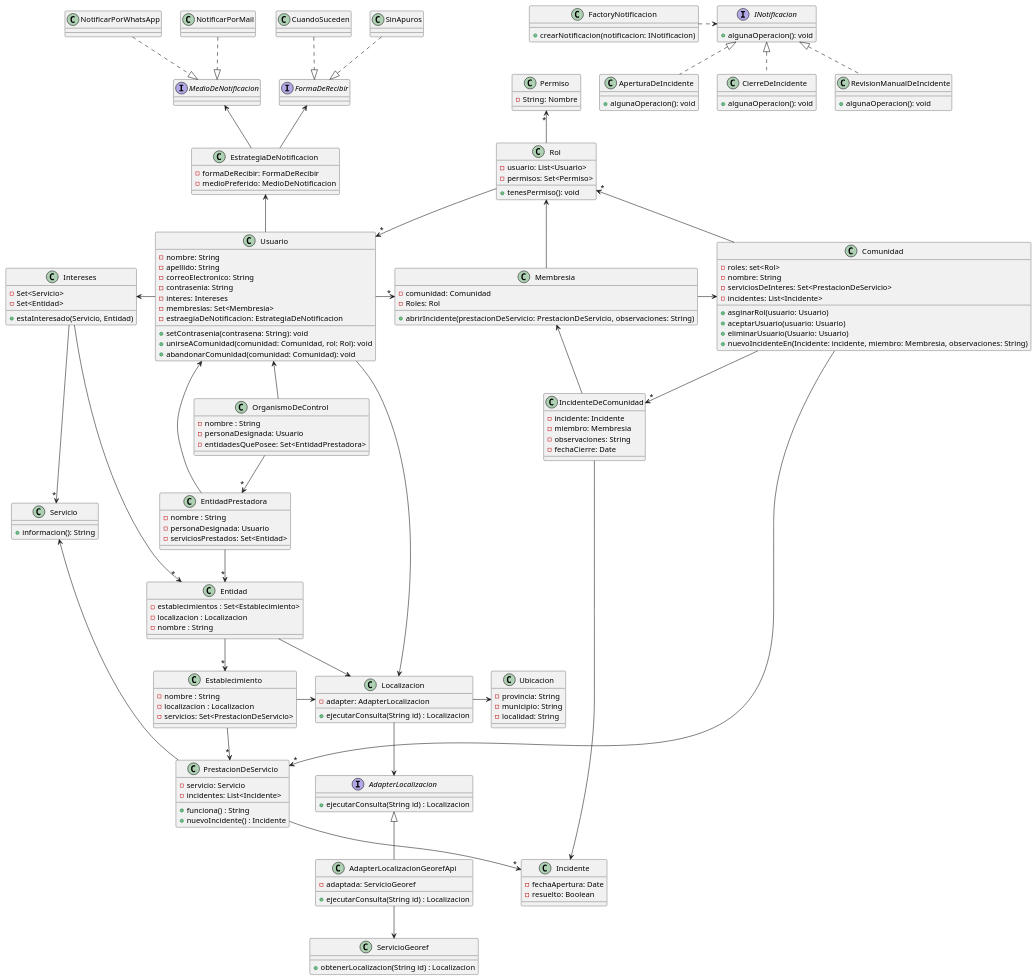
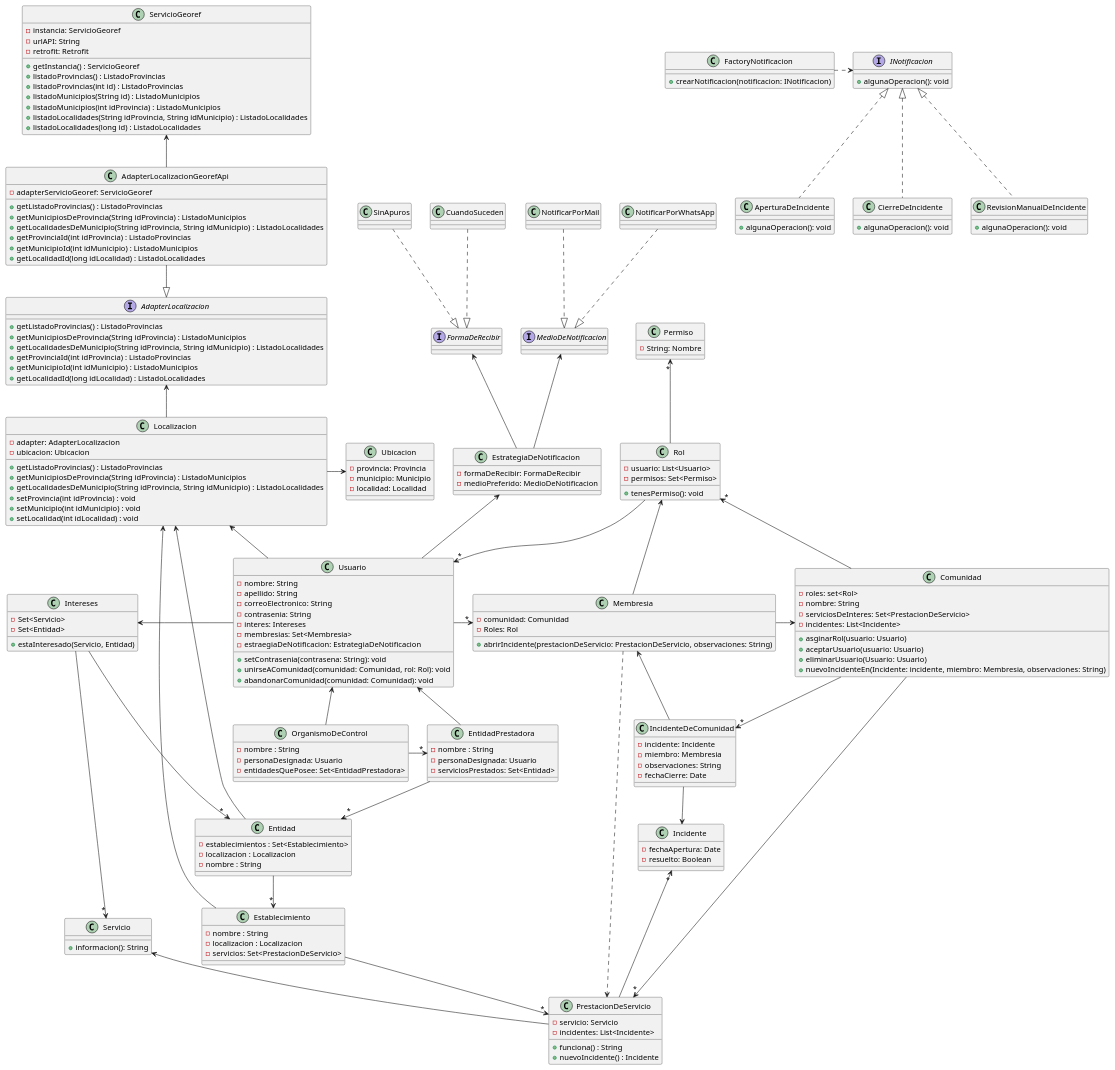
Before and after one commit to AndyTrias/comunidades-apoyo-movilidad-reducida-: the diagram in Entregables/DiagramaDeClases.wsd, drawn with PlantUML.

```diff
--- a/Entregables/DiagramaDeClases.wsd
+++ b/Entregables/DiagramaDeClases.wsd
@@ -96,34 +96,57 @@
 
 Class Localizacion {
     - adapter: AdapterLocalizacion
+    - ubicacion: Ubicacion
 
-    + ejecutarConsulta(String id) : Localizacion
+    + getListadoProvincias() : ListadoProvincias
+    + getMunicipiosDeProvincia(String idProvincia) : ListadoMunicipios
+    + getLocalidadesDeMunicipio(String idProvincia, String idMunicipio) : ListadoLocalidades
+    + setProvincia(int idProvincia) : void
+    + setMunicipio(int idMunicipio) : void
+    + setLocalidad(int idLocalidad) : void
 }
 
 
 
 
 Interface AdapterLocalizacion {
-    + ejecutarConsulta(String id) : Localizacion
+    + getListadoProvincias() : ListadoProvincias
+    + getMunicipiosDeProvincia(String idProvincia) : ListadoMunicipios
+    + getLocalidadesDeMunicipio(String idProvincia, String idMunicipio) : ListadoLocalidades
+    + getProvinciaId(int idProvincia) : ListadoProvincias
+    + getMunicipioId(int idMunicipio) : ListadoMunicipios
+    + getLocalidadId(long idLocalidad) : ListadoLocalidades
 }
 
 
 
 
 Class AdapterLocalizacionGeorefApi {
-    - adaptada: ServicioGeoref
+    - adapterServicioGeoref: ServicioGeoref
 
-
-
-
-    + ejecutarConsulta(String id) : Localizacion
+    + getListadoProvincias() : ListadoProvincias
+    + getMunicipiosDeProvincia(String idProvincia) : ListadoMunicipios
+    + getLocalidadesDeMunicipio(String idProvincia, String idMunicipio) : ListadoLocalidades
+    + getProvinciaId(int idProvincia) : ListadoProvincias
+    + getMunicipioId(int idMunicipio) : ListadoMunicipios
+    + getLocalidadId(long idLocalidad) : ListadoLocalidades
 }
 
 
 
 
 Class ServicioGeoref {
-    + obtenerLocalizacion(String id) : Localizacion
+    - instancia: ServicioGeoref
+    - urlAPI: String
+    - retrofit: Retrofit
+
+    + getInstancia() : ServicioGeoref
+    + listadoProvincias() : ListadoProvincias
+    + listadoProvincias(int id) : ListadoProvincias
+    + listadoMunicipios(String id) : ListadoMunicipios
+    + listadoMunicipios(int idProvincia) : ListadoMunicipios
+    + listadoLocalidades(String idProvincia, String idMunicipio) : ListadoLocalidades
+    + listadoLocalidades(long id) : ListadoLocalidades
 }
 
 
@@ -154,17 +177,18 @@
 }
 
 class Ubicacion {
-- provincia: String
-- municipio: String
-- localidad: String
+    - provincia: Provincia
+    - municipio: Municipio
+    - localidad: Localidad
 }
 
-Usuario -> Localizacion 
-Entidad -> Localizacion
-
+Localizacion <-- Usuario 
+Localizacion <- Entidad
+Localizacion <- Establecimiento
+Localizacion -> Ubicacion
 
 EntidadPrestadora --> "*" Entidad
-OrganismoDeControl --> "*" EntidadPrestadora
+OrganismoDeControl -> "*" EntidadPrestadora
 
 
 Servicio <- PrestacionDeServicio
@@ -173,8 +197,8 @@
 Intereses --> "*" Entidad
 Intereses --> "*" Servicio 
 Establecimiento --> "*" PrestacionDeServicio
-Establecimiento -> Localizacion
-Localizacion -> Ubicacion
+
+
 
 
 Usuario <-- EntidadPrestadora
@@ -190,9 +214,9 @@
 
 
 
-Localizacion --> AdapterLocalizacion
-AdapterLocalizacion <|-- AdapterLocalizacionGeorefApi
-AdapterLocalizacionGeorefApi --> ServicioGeoref
+AdapterLocalizacion <-- Localizacion
+AdapterLocalizacionGeorefApi --|> AdapterLocalizacion
+ServicioGeoref <-- AdapterLocalizacionGeorefApi
 
 
 /' Entrega 3 '/
@@ -210,10 +234,11 @@
     - fechaCierre: Date
 }
 
-PrestacionDeServicio --> "*" Incidente
+Incidente "*" <-- PrestacionDeServicio 
 Comunidad --> "*" IncidenteDeComunidad
 IncidenteDeComunidad --> Incidente
 IncidenteDeComunidad --> Membresia
+Membresia ..> PrestacionDeServicio
 
 /' CONFIGURACION DE NOTIFICACIONES '/
 Class EstrategiaDeNotificacion {
```
